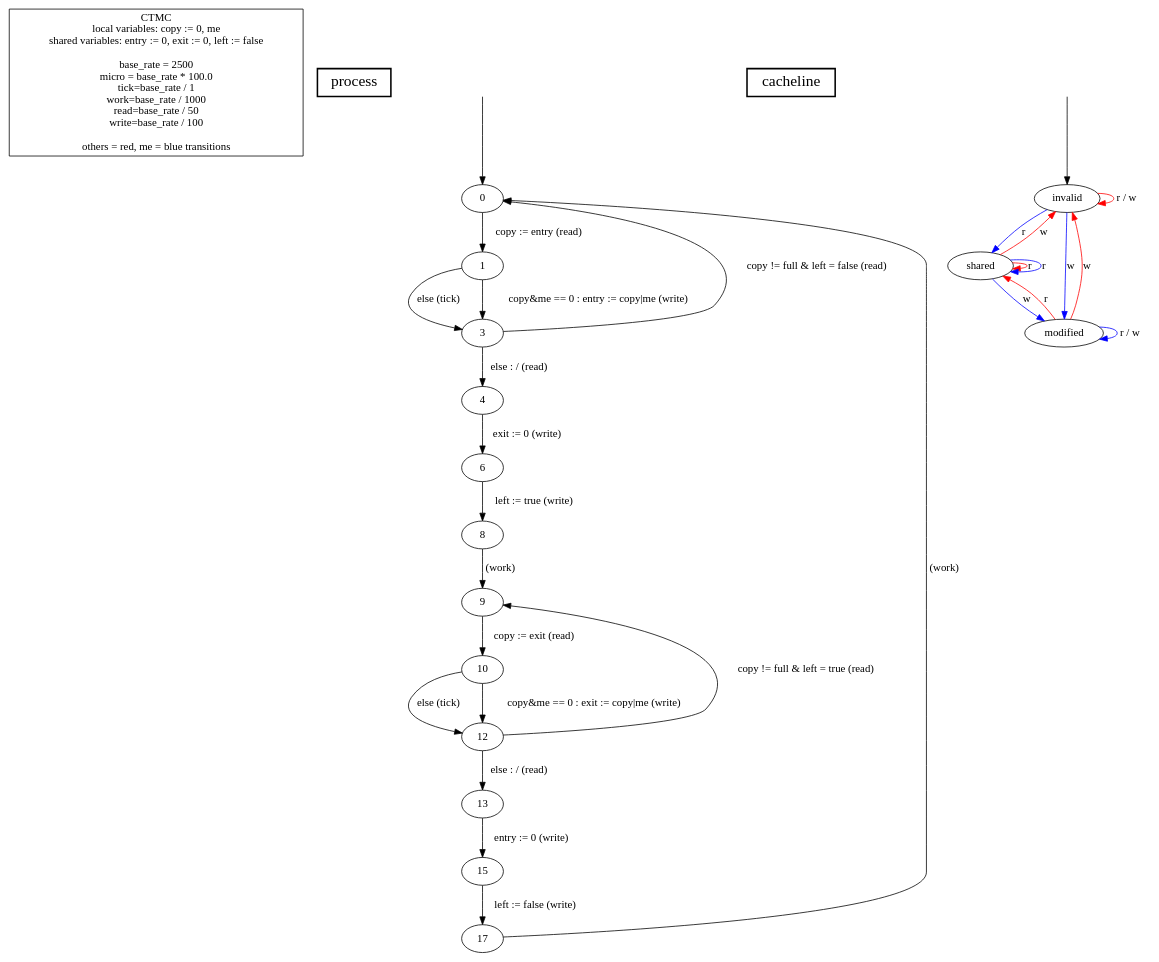
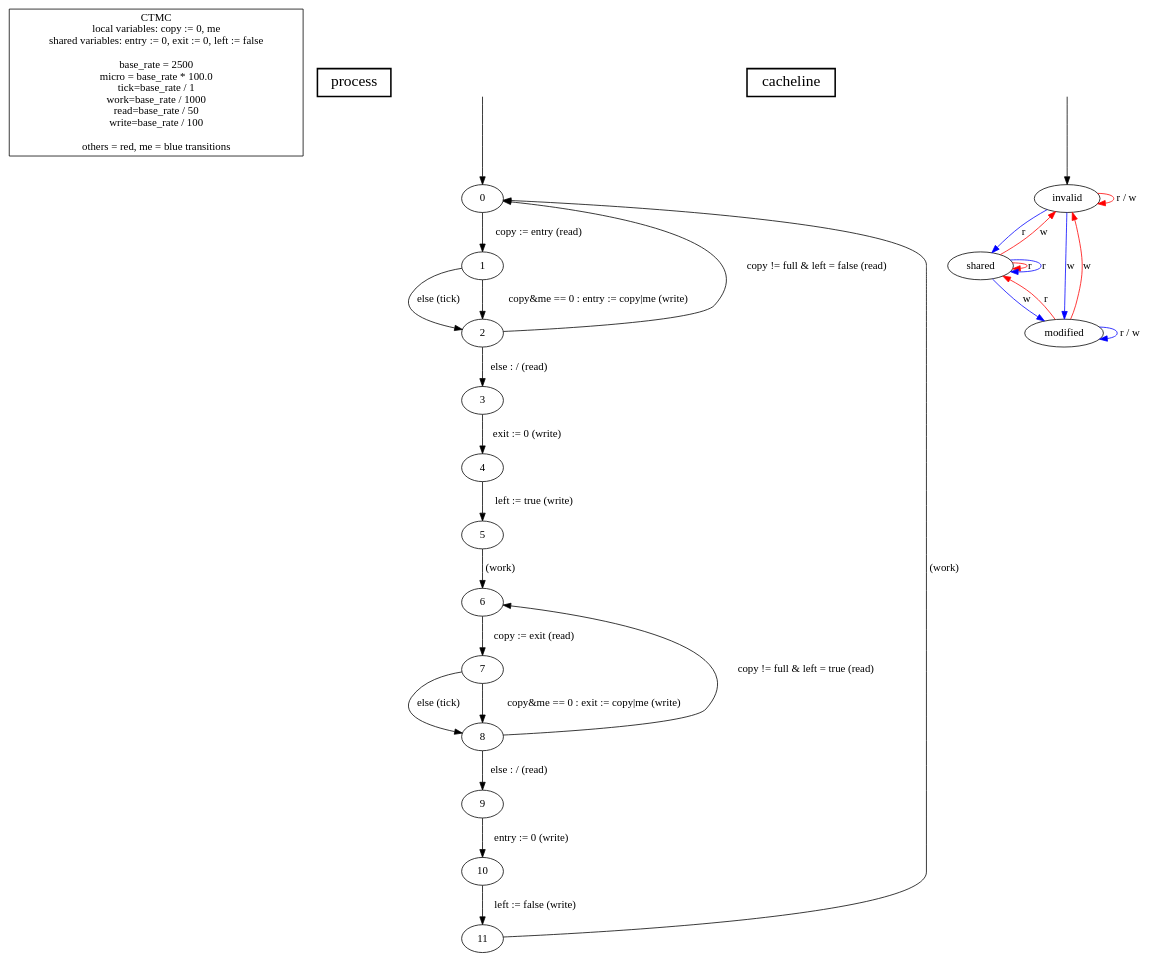
One commit to hydroo/minor-thesis-barriers changed the diagram in barrier-attempt/model-prism-ctmc-with-cache-invalidation/model.dot. Above: the diagram before and after it, drawn with Graphviz. The commit also changed 1 other file, not shown here.

```diff
--- a/barrier-attempt/model-prism-ctmc-with-cache-invalidation/model.dot
+++ b/barrier-attempt/model-prism-ctmc-with-cache-invalidation/model.dot
@@ -1,53 +1,53 @@
 digraph {
 
 	"CTMC\nlocal variables: copy := 0, me\nshared variables: entry := 0, exit := 0, left := false\n\nbase_rate = 2500\nmicro = base_rate * 100.0\ntick=base_rate / 1\nwork=base_rate / 1000\nread=base_rate / 50\nwrite=base_rate / 100\n\nothers = red, me = blue transitions" [nojustify=true, shape=box]
 
 	"process" [nojustify=true, shape=box, style=bold, fontsize=20]
 
 	initial_state_source [style=invis]
 
 	// process
 
 	initial_state_source -> "0"
 
 	"0"  -> "1"  [weight=10, label="copy := entry (read)"]
-	"1"  -> "3"  [label="else (tick)"]
-	"1"  -> "3"  [weight=10, label="copy&me == 0 : entry := copy|me (write)"]
+	"1"  -> "2"  [label="else (tick)"]
+	"1"  -> "2"  [weight=10, label="copy&me == 0 : entry := copy|me (write)"]
 
-	"3"  -> "0"  [label="copy != full & left = false (read)"]
-	"3"  -> "4"  [weight=10, label="else : / (read)"]
-	"4"  -> "6"  [weight=10, label="exit := 0 (write)"]
-	"6"  -> "8"  [weight=10, label="left := true (write)"]
+	"2"  -> "0"  [label="copy != full & left = false (read)"]
+	"2"  -> "3"  [weight=10, label="else : / (read)"]
+	"3"  -> "4"  [weight=10, label="exit := 0 (write)"]
+	"4"  -> "5"  [weight=10, label="left := true (write)"]
 
-	"8"  -> "9"  [weight=10, label="(work)"]
+	"5"  -> "6"  [weight=10, label="(work)"]
 
-	"9"  -> "10" [weight=10, label="copy := exit (read)"]
-	"10" -> "12" [label="else (tick)"]
-	"10" -> "12" [weight=10, label="copy&me == 0 : exit := copy|me (write)"]
+	"6"  -> "7"  [weight=10, label="copy := exit (read)"]
+	"7" -> "8"   [label="else (tick)"]
+	"7" -> "8"   [weight=10, label="copy&me == 0 : exit := copy|me (write)"]
 
-	"12" -> "9"  [label="copy != full & left = true (read)"]
-	"12" -> "13" [weight=10, label="else : / (read)"]
-	"13" -> "15" [weight=10, label="entry := 0 (write)"]
-	"15" -> "17" [weight=10, label="left := false (write)"]
+	"8" -> "6"   [label="copy != full & left = true (read)"]
+	"8" -> "9"   [weight=10, label="else : / (read)"]
+	"9" -> "10"  [weight=10, label="entry := 0 (write)"]
+	"10" -> "11" [weight=10, label="left := false (write)"]
 
-	"17" -> "0" [label="(work)"]
+	"11" -> "0"  [label="(work)"]
 
 	// cacheline
 	"cacheline" [nojustify=true, shape=box, style=bold, fontsize=20]
 
 	initial_state_source2 [style=invis]
 	initial_state_source2 -> "invalid"
 
 	"invalid"  -> "invalid"  [label="r / w", color=red]
 	"invalid"  -> "shared"   [label="r",   color=blue]
 	"invalid"  -> "modified" [label="w",   color=blue]
 
 	"shared"   -> "shared"   [label="r",   color=red]
 	"shared"   -> "invalid"  [label="w",   color=red]
 	"shared"   -> "shared"   [label="r",   color=blue]
 	"shared"   -> "modified" [label="w",   color=blue]
 
 	"modified" -> "shared"   [label="r",   color=red]
 	"modified" -> "invalid"  [label="w",   color=red]
 	"modified" -> "modified" [label="r / w", color=blue]
 }
```
